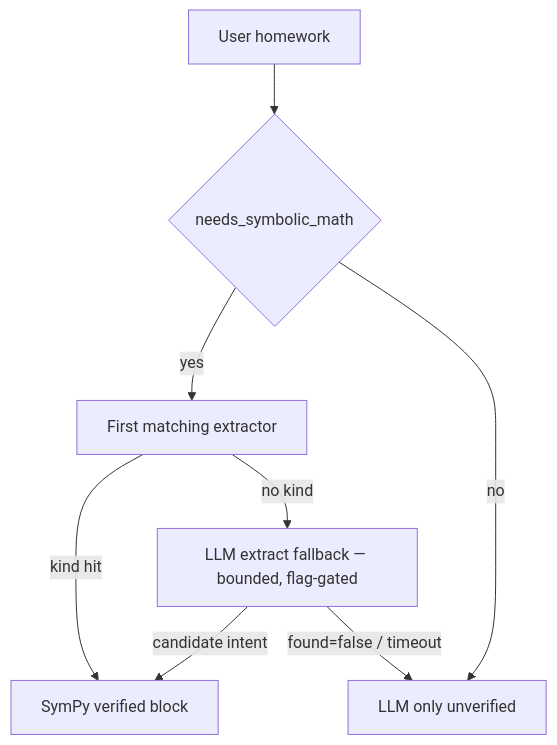
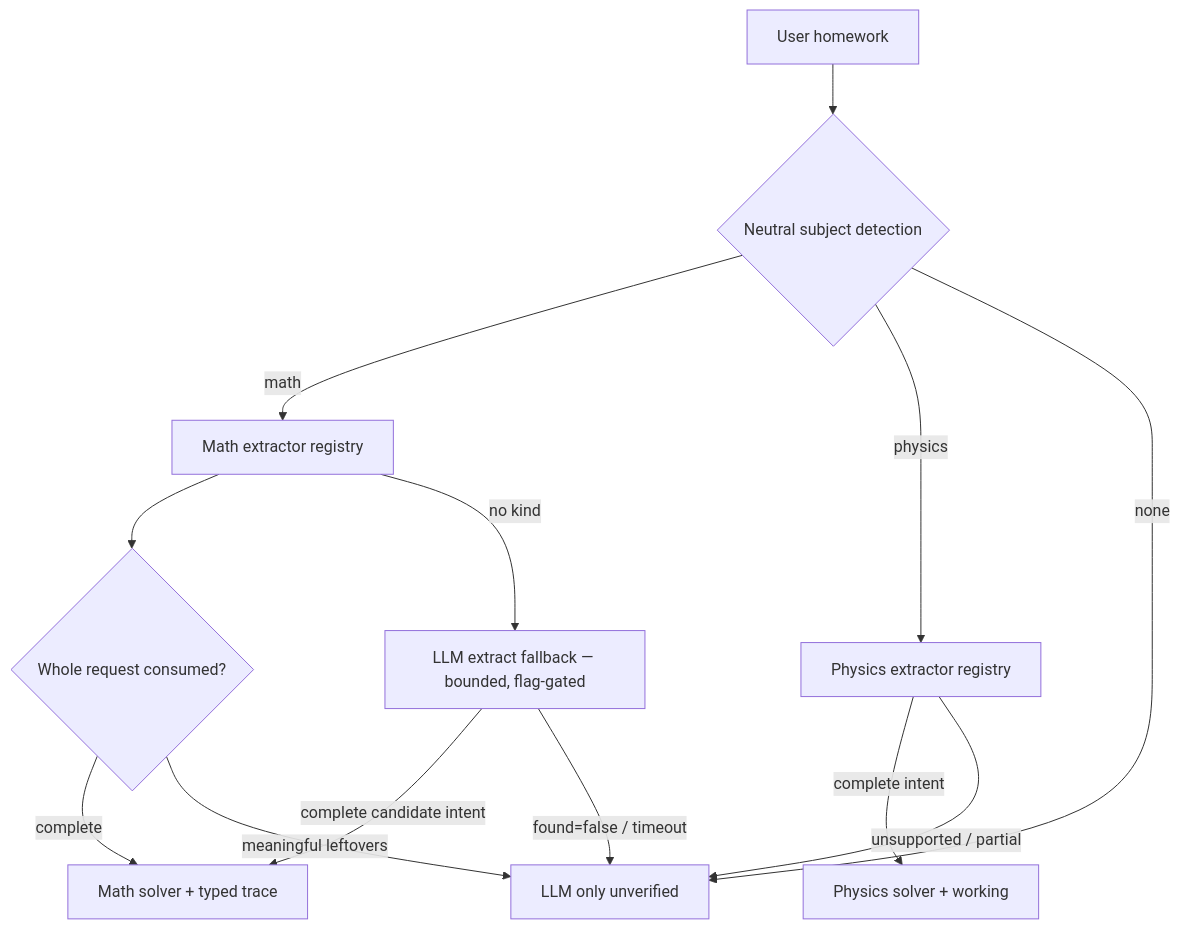
One commit to bennnnnn/recall changed the diagram in docs/math.md. Above: the diagram before and after it, drawn with Mermaid. The commit also changed other lines of this file and 154 other files, not shown here.

First line of the commit message:
Harden verified math and physics teaching pipeline (#1500)

````diff
--- a/docs/math.md
+++ b/docs/math.md
@@ -96,16 +142,24 @@
 ```mermaid
 flowchart TB
   ask[User homework]
-  need{needs_symbolic_math}
-  ext[First matching extractor]
+  subject{Neutral subject detection}
+  math[Math extractor registry]
+  physics[Physics extractor registry]
+  audit{Whole request consumed?}
   llmx[LLM extract fallback — bounded, flag-gated]
-  sympy[SymPy verified block]
+  sympy[Math solver + typed trace]
+  physolve[Physics solver + working]
   llm[LLM only unverified]
-  ask --> need
-  need -->|yes| ext
-  need -->|no| llm
-  ext -->|kind hit| sympy
-  ext -->|no kind| llmx
-  llmx -->|candidate intent| sympy
+  ask --> subject
+  subject -->|math| math
+  subject -->|physics| physics
+  subject -->|none| llm
+  math --> audit
+  audit -->|complete| sympy
+  audit -->|meaningful leftovers| llm
+  math -->|no kind| llmx
+  llmx -->|complete candidate intent| sympy
   llmx -->|found=false / timeout| llm
+  physics -->|complete intent| physolve
+  physics -->|unsupported / partial| llm
 ```
````
